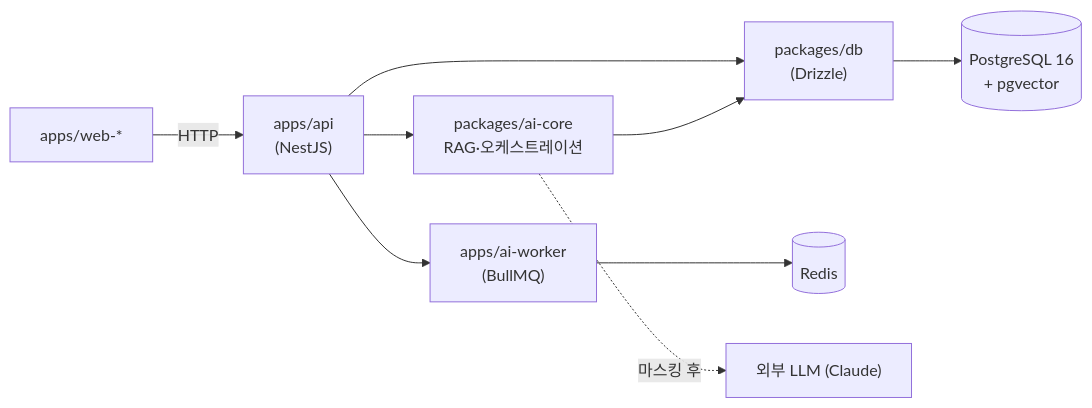
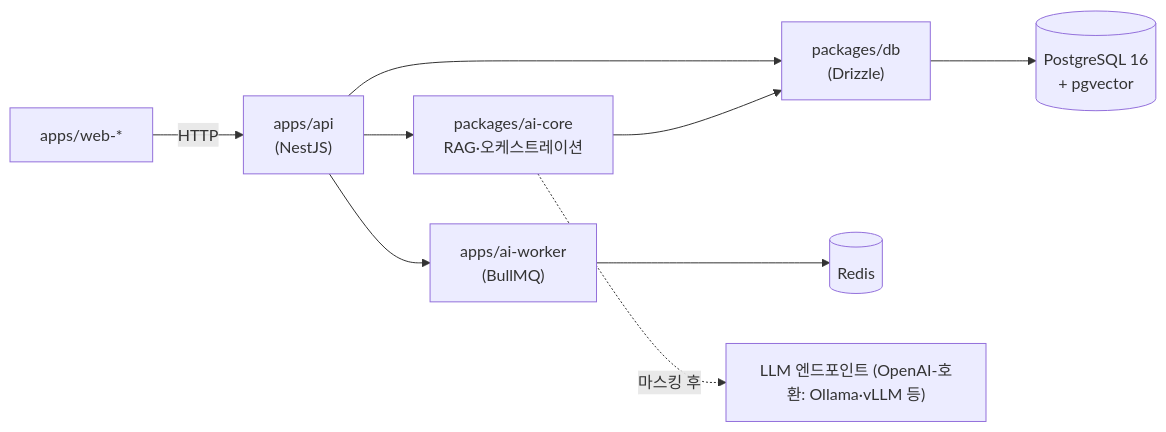
One commit to romis9724/LIVIQ changed the second of 2 diagrams in ARCHITECTURE.md. Above: the diagram before and after it, drawn with Mermaid. The commit also changed other lines of this file and 29 other files, not shown here.

````diff
--- a/ARCHITECTURE.md
+++ b/ARCHITECTURE.md
@@ -43,11 +43,11 @@
 ```mermaid
 graph LR
   WEB["apps/web-*"] -->|HTTP| API["apps/api<br/>(NestJS)"]
   API --> AICORE["packages/ai-core<br/>RAG·오케스트레이션"]
   API --> DB["packages/db<br/>(Drizzle)"]
   AICORE --> DB
   API --> WORKER["apps/ai-worker<br/>(BullMQ)"]
   DB --> PG[("PostgreSQL 16<br/>+ pgvector")]
   WORKER --> REDIS[("Redis")]
-  AICORE -.->|마스킹 후| LLM["외부 LLM (Claude)"]
+  AICORE -.->|마스킹 후| LLM["LLM 엔드포인트 (OpenAI-호환: Ollama·vLLM 등)"]
 ```
````
